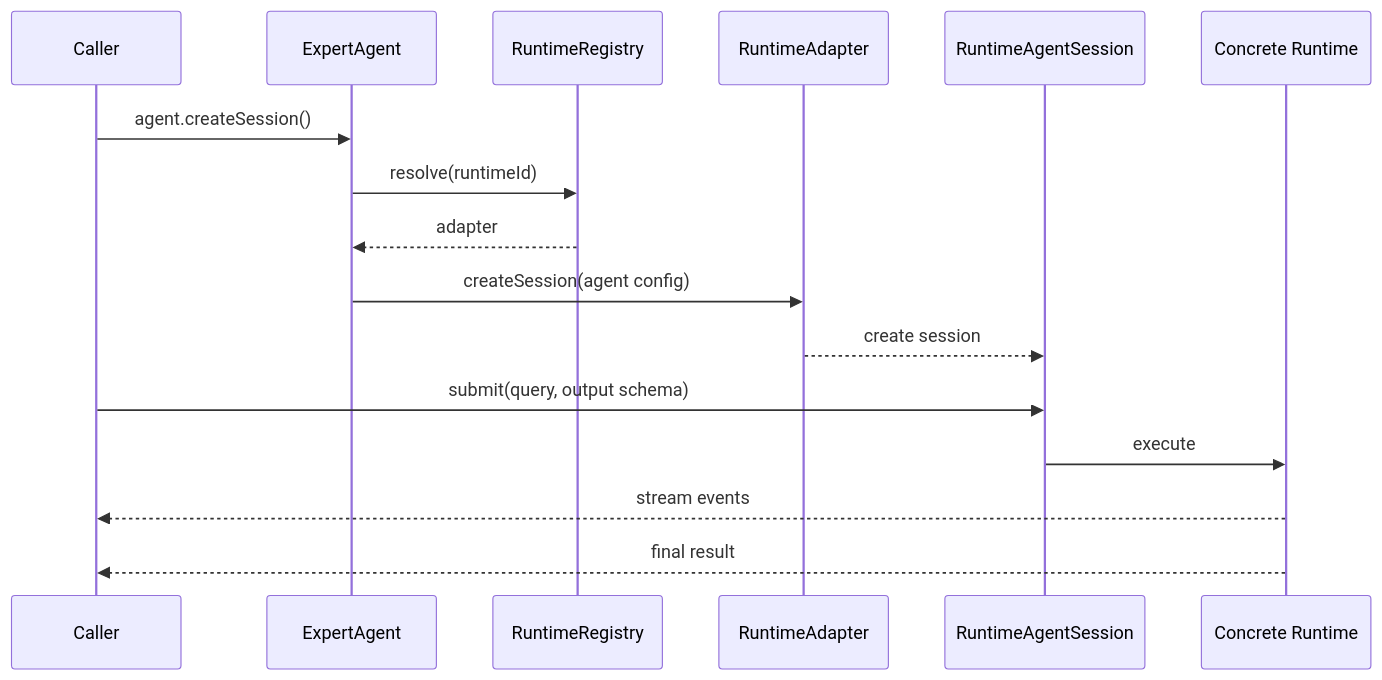
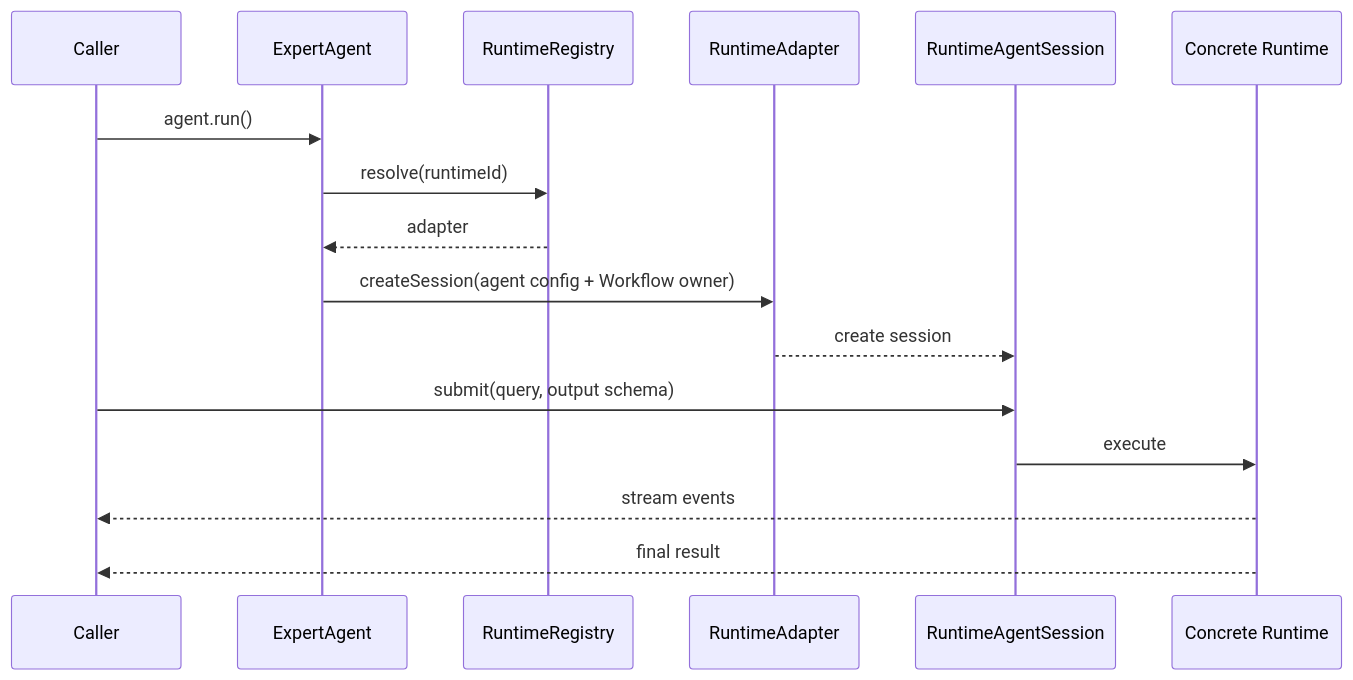
The tenth of 18 diagrams in docs/architecture/agent-core-architecture.md (pqpo/pragma), drawn with Mermaid before and after one commit. The commit also changed other lines of this file and 54 other files, not shown here.

````diff
--- a/docs/architecture/agent-core-architecture.md
+++ b/docs/architecture/agent-core-architecture.md
@@ -270,19 +270,19 @@
 ```mermaid
 sequenceDiagram
   participant Caller
   participant ExpertAgent
   participant RuntimeRegistry
   participant RuntimeAdapter
   participant RuntimeAgentSession
   participant ConcreteRuntime as Concrete Runtime
 
-  Caller->>ExpertAgent: agent.createSession()
+  Caller->>ExpertAgent: agent.run()
   ExpertAgent->>RuntimeRegistry: resolve(runtimeId)
   RuntimeRegistry-->>ExpertAgent: adapter
-  ExpertAgent->>RuntimeAdapter: createSession(agent config)
+  ExpertAgent->>RuntimeAdapter: createSession(agent config + Workflow owner)
   RuntimeAdapter-->>RuntimeAgentSession: create session
   Caller->>RuntimeAgentSession: submit(query, output schema)
   RuntimeAgentSession->>ConcreteRuntime: execute
   ConcreteRuntime-->>Caller: stream events
   ConcreteRuntime-->>Caller: final result
 ```
````
